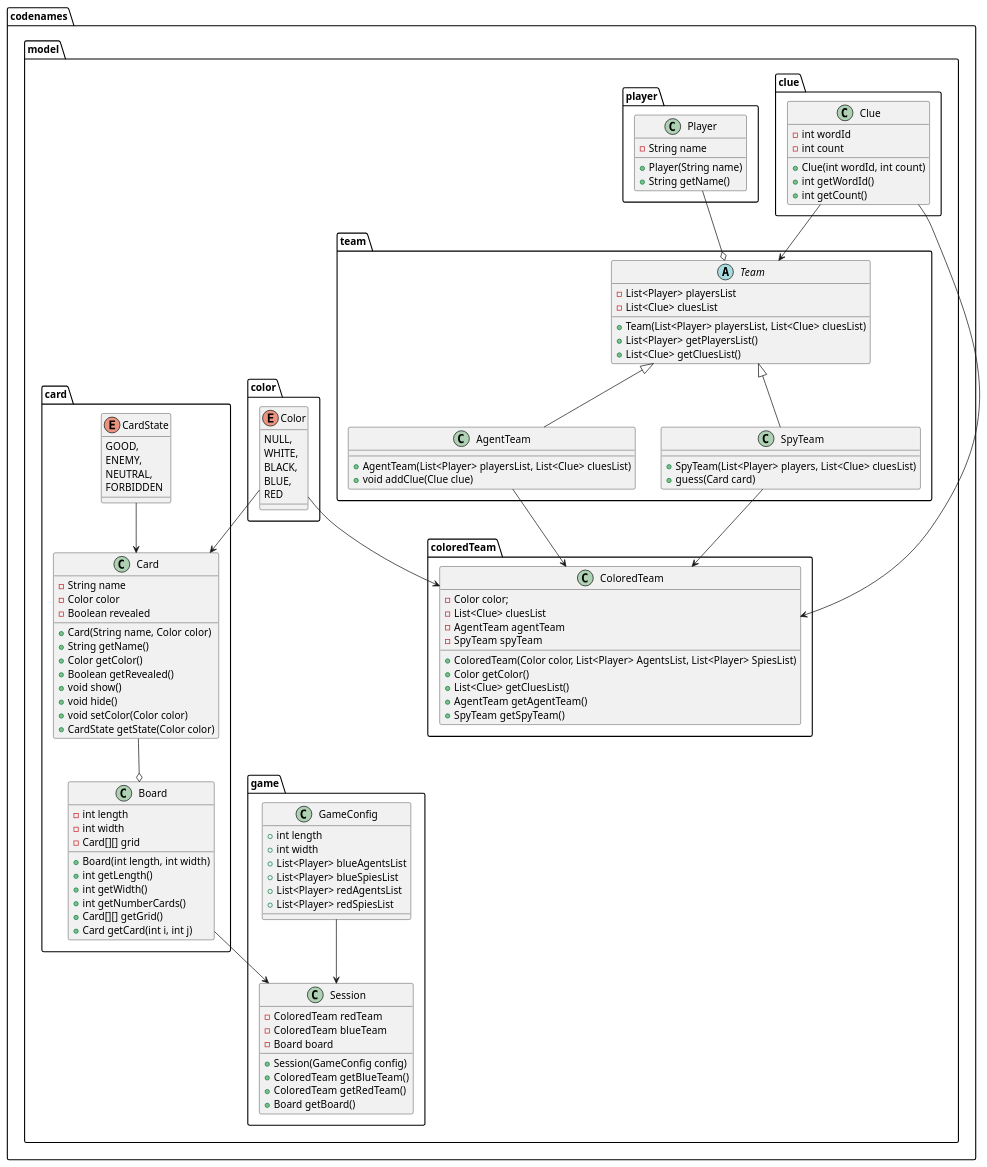
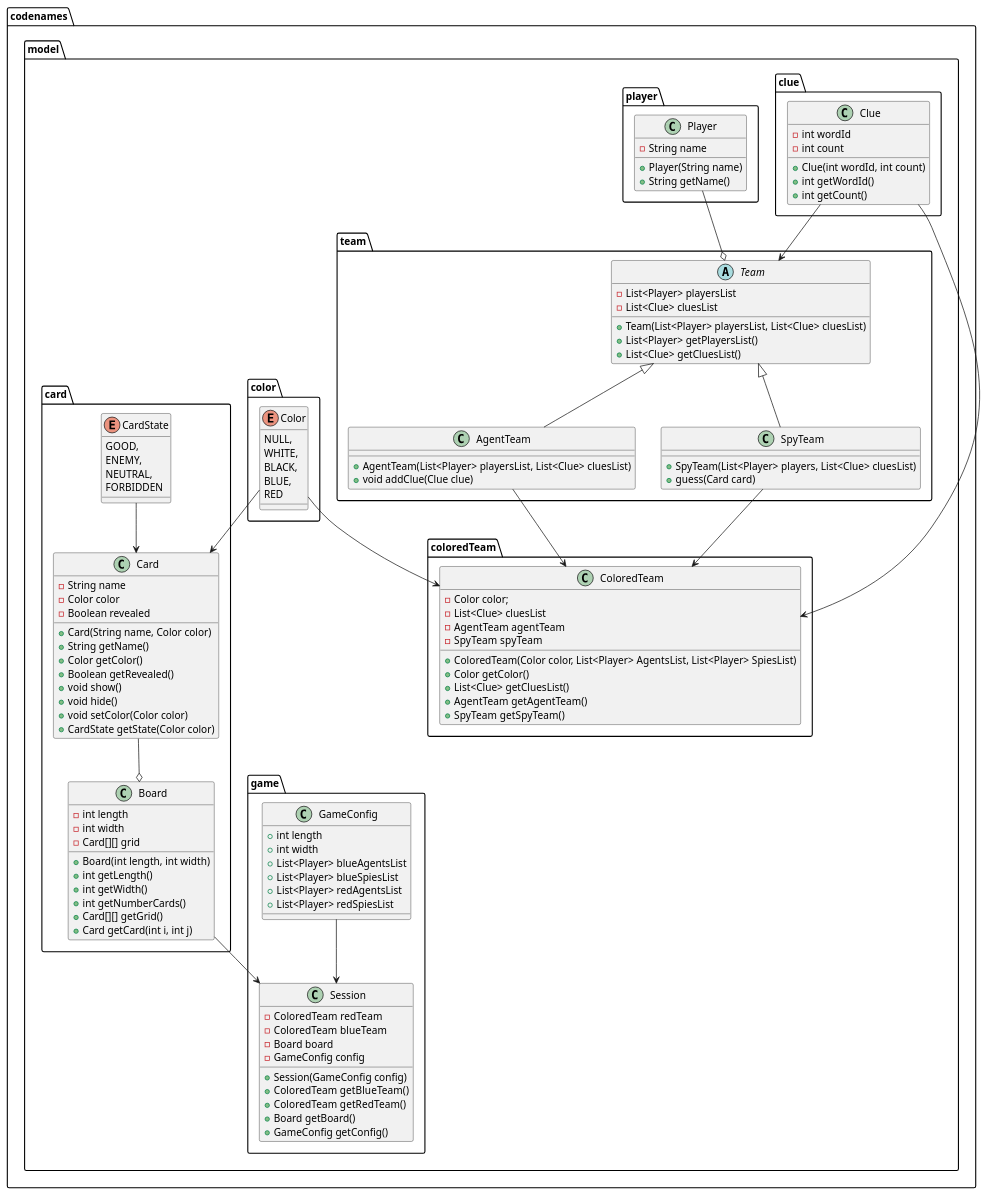
Before and after one commit to Natvs/Codename: the diagram in uml/model_uml.puml, drawn with PlantUML. The commit also changed 2 other files, not shown here.

Commit message:
docs(uml): update model uml

```diff
--- a/uml/model_uml.puml
+++ b/uml/model_uml.puml
@@ -1,144 +1,146 @@
 @startuml
 
 package codenames.model.clue {
 
     class Clue {
         - int wordId
         - int count
         + Clue(int wordId, int count)
         + int getWordId()
         + int getCount()
     }
 
 }
 
 package codenames.model.color {
 
     enum Color {
         NULL,
         WHITE,
         BLACK,
         BLUE,
         RED
     }
 
 }
 
 package codenames.model.game {
 
     class GameConfig {
         + int length
         + int width
         + List<Player> blueAgentsList
         + List<Player> blueSpiesList
         + List<Player> redAgentsList
         + List<Player> redSpiesList
     }
     class Session {
         - ColoredTeam redTeam
         - ColoredTeam blueTeam
         - Board board
+        - GameConfig config
         + Session(GameConfig config)
         + ColoredTeam getBlueTeam()
         + ColoredTeam getRedTeam()
         + Board getBoard()
+        + GameConfig getConfig()
     }
 
     GameConfig --> Session
  
 }
 
 package codenames.model.team {
 
     abstract class Team {
         - List<Player> playersList
         - List<Clue> cluesList
         + Team(List<Player> playersList, List<Clue> cluesList)
         + List<Player> getPlayersList()
         + List<Clue> getCluesList()
     }
     class AgentTeam extends Team {
         + AgentTeam(List<Player> playersList, List<Clue> cluesList)
         + void addClue(Clue clue)
     }
     class SpyTeam extends Team {
         + SpyTeam(List<Player> players, List<Clue> cluesList)
         + guess(Card card)
     }
 
 }
 
 package codenames.model.coloredTeam {
 
     class ColoredTeam {
         - Color color;
         - List<Clue> cluesList
         - AgentTeam agentTeam
         - SpyTeam spyTeam
         + ColoredTeam(Color color, List<Player> AgentsList, List<Player> SpiesList)
         + Color getColor()
         + List<Clue> getCluesList()
         + AgentTeam getAgentTeam()
         + SpyTeam getSpyTeam()
     }
 
 }
 
 package codenames.model.player {
 
     class Player {
         - String name
         + Player(String name)
         + String getName()
     }
 
 }
 
 package codenames.model.card {
 
     class Card {
         - String name
         - Color color
         - Boolean revealed
         + Card(String name, Color color)
         + String getName()
         + Color getColor()
         + Boolean getRevealed()
         + void show()
         + void hide()
         + void setColor(Color color)
         + CardState getState(Color color)
     }
     enum CardState {
         GOOD,
         ENEMY,
         NEUTRAL,
         FORBIDDEN
     }
     class Board {
         - int length
         - int width
         - Card[][] grid
         + Board(int length, int width)
         + int getLength()
         + int getWidth()
         + int getNumberCards()
         + Card[][] getGrid()
         + Card getCard(int i, int j)
     }
 
     CardState --> Card
     Card --o Board
 
 }
 
 Player --o Team
 Color --> ColoredTeam
 Color --> Card
 Board --> Session
 AgentTeam --> ColoredTeam
 SpyTeam --> ColoredTeam
 Clue --> ColoredTeam
 Clue --> Team
 
 @enduml
```
